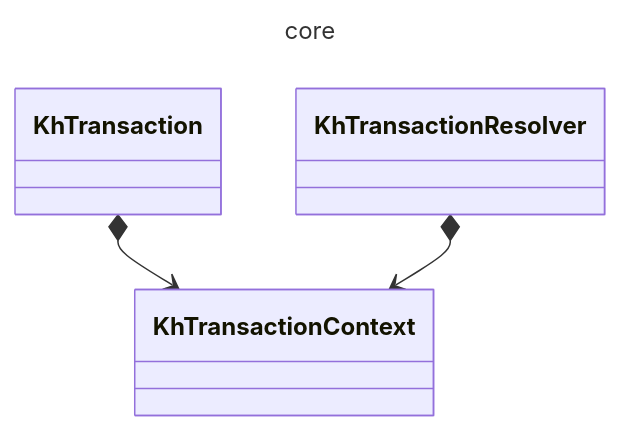
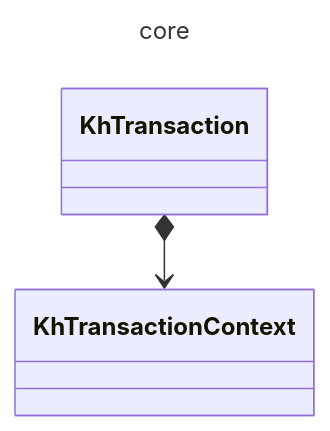
Before and after one commit to keyhub-projects/distributed-transaction-kit: the first of 6 diagrams in README.md, drawn with Mermaid. The commit also changed other lines of this file and 4 other files, not shown here.

````diff
--- a/README.md
+++ b/README.md
@@ -3,14 +3,11 @@
 ```mermaid
 ---
 title: core
 ---
 classDiagram
     class KhTransaction
     
     class KhTransactionContext
     
-    class KhTransactionResolver
-    
     KhTransaction *--> KhTransactionContext
-    KhTransactionResolver *--> KhTransactionContext
 ```
````
